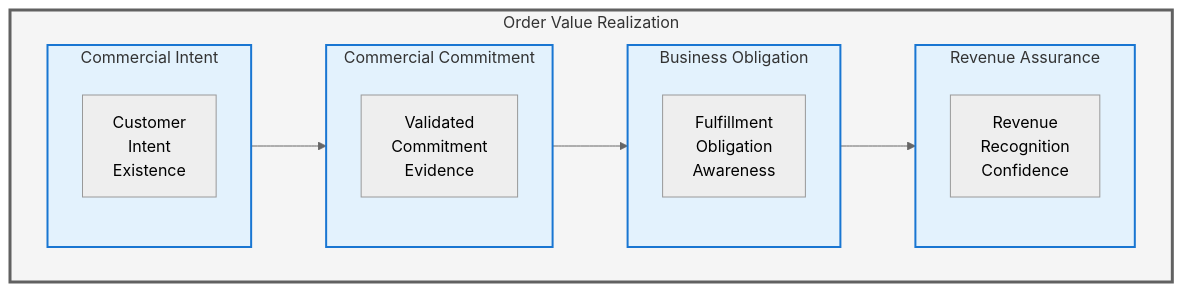
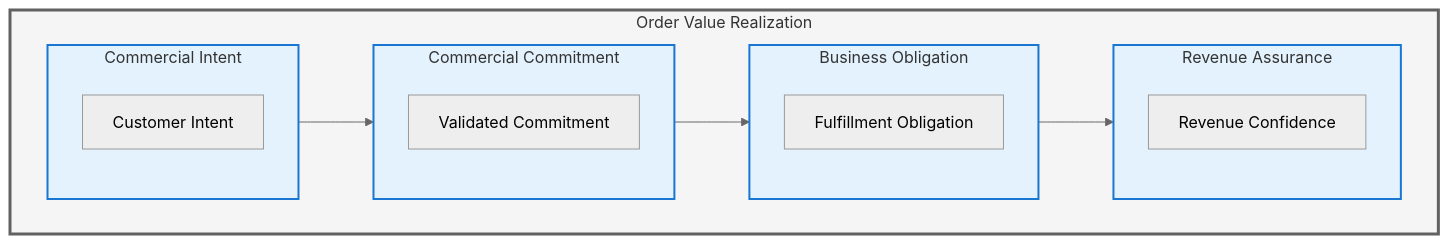
One commit to Evilazaro/Azure-LogicApps-Monitoring changed the third of 7 diagrams in docs/architecture/01-business-architecture.md. Above: the diagram before and after it, drawn with Mermaid (neutral theme). The commit also changed other lines of this file, not shown here.

Commit message:
Refactor Business Architecture document: simplify terminology in diagrams for clarity and consistency

````diff
--- a/docs/architecture/01-business-architecture.md
+++ b/docs/architecture/01-business-architecture.md
@@ -445,36 +445,36 @@
 ```mermaid
 flowchart LR
     subgraph Order_Value["Order Value Realization"]
         direction LR
 
         subgraph Intent["Commercial Intent"]
             direction TB
-            CI["Customer<br/>Intent<br/>Existence"]
+            CI["Customer Intent"]
         end
 
         subgraph Commitment["Commercial Commitment"]
             direction TB
-            CC["Validated<br/>Commitment<br/>Evidence"]
+            CC["Validated Commitment"]
         end
 
         subgraph Obligation["Business Obligation"]
             direction TB
-            BO["Fulfillment<br/>Obligation<br/>Awareness"]
+            BO["Fulfillment Obligation"]
         end
 
         subgraph Assurance["Revenue Assurance"]
             direction TB
-            RA["Revenue<br/>Recognition<br/>Confidence"]
+            RA["Revenue Confidence"]
         end
 
         Intent --> Commitment
         Commitment --> Obligation
         Obligation --> Assurance
     end
 
     classDef level1 fill:#f5f5f5,stroke:#616161,stroke-width:3px
     classDef level2 fill:#e3f2fd,stroke:#1976d2,stroke-width:2px
 
     class Order_Value level1
     class Intent,Commitment,Obligation,Assurance level2
 ```
````
